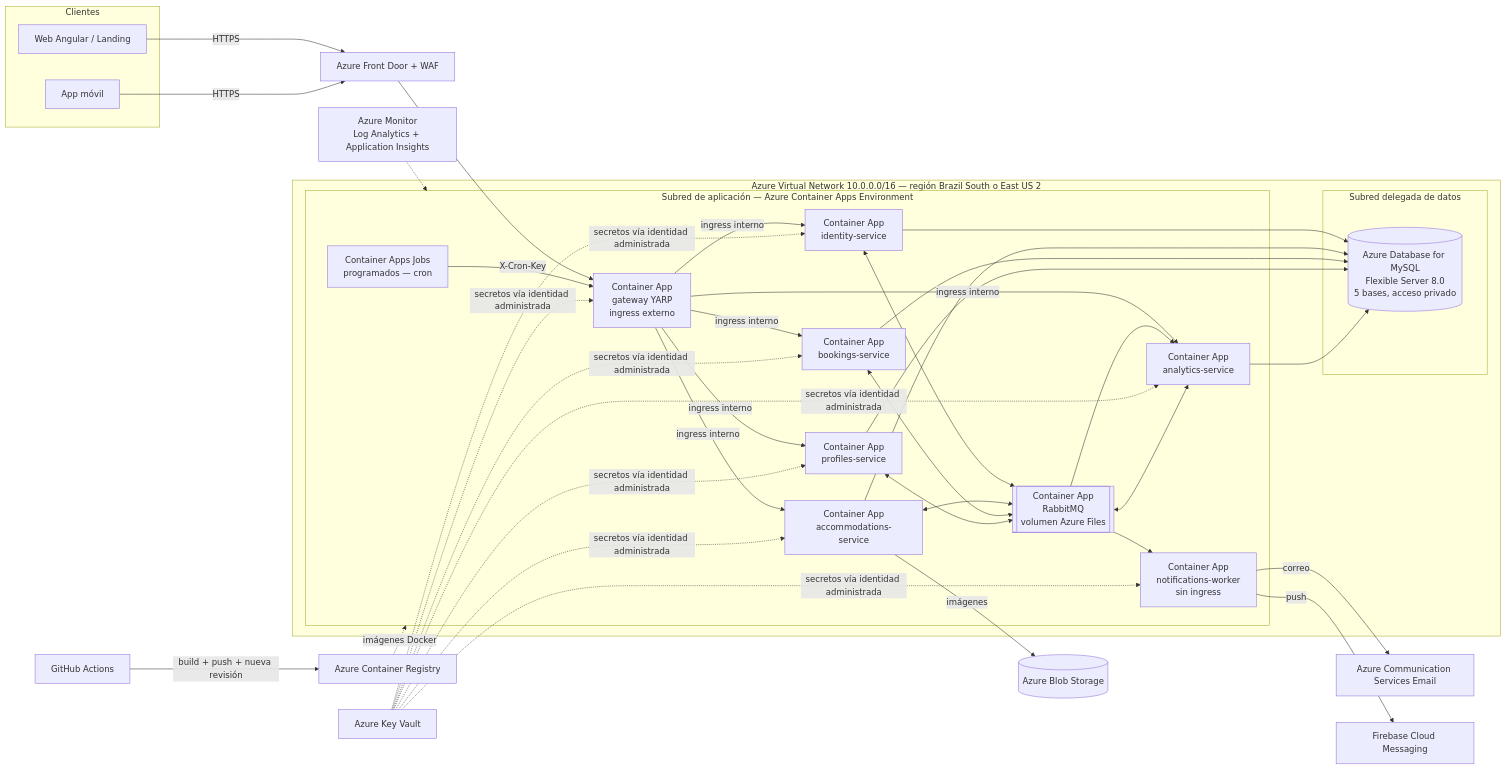
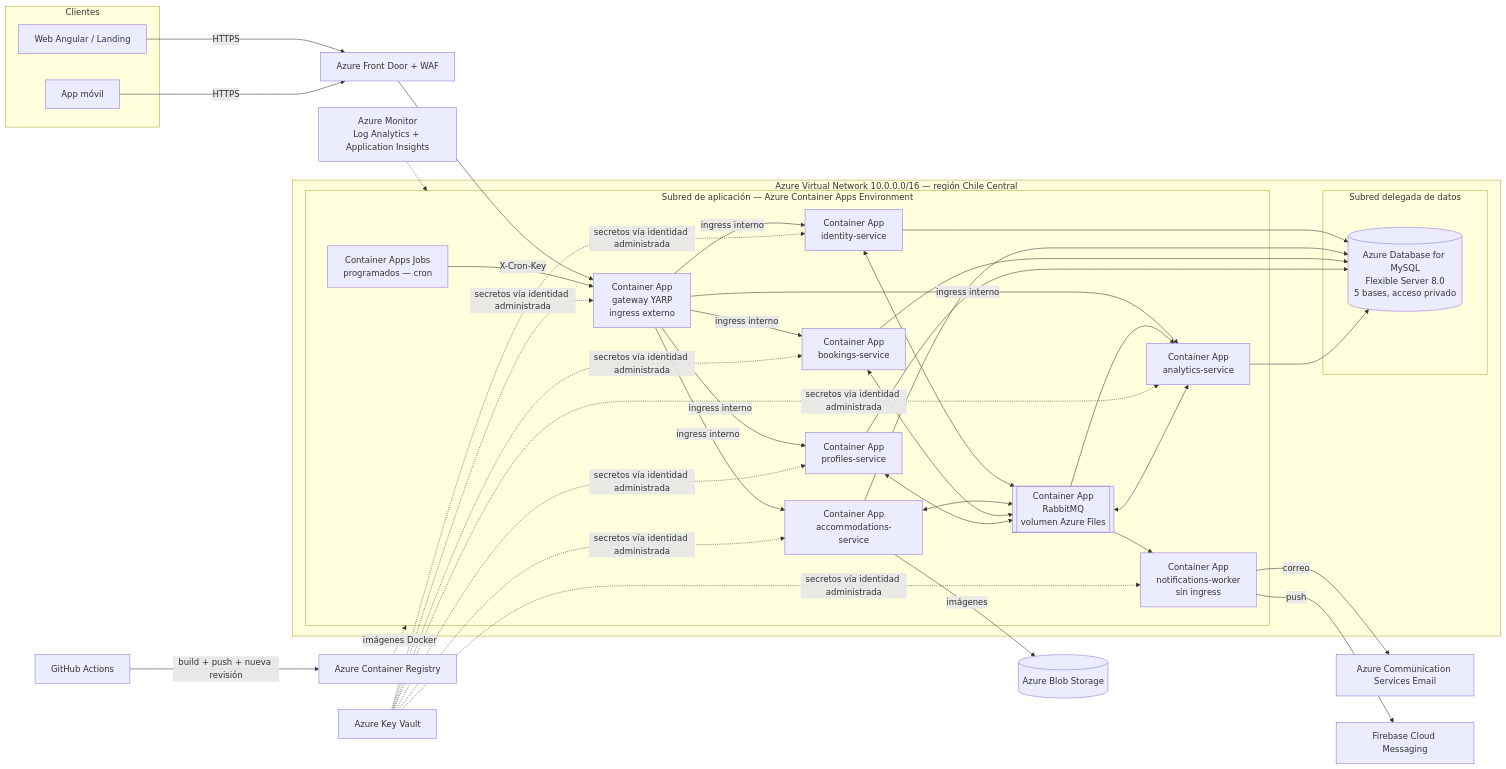
Before and after one commit to RoomTrack/RoomTrack-BackEnd: the diagram in docs/arquitectura-cloud-azure.md, drawn with Mermaid. The commit also changed other lines of this file and 4 other files, not shown here.

````diff
--- a/docs/arquitectura-cloud-azure.md
+++ b/docs/arquitectura-cloud-azure.md
@@ -11,40 +11,40 @@
 ```mermaid
 flowchart LR
     subgraph Clients[Clientes]
         web[Web Angular / Landing]
         app[App móvil]
     end
 
     web & app -->|HTTPS| fd[Azure Front Door + WAF]
 
-    subgraph VNet[Azure Virtual Network 10.0.0.0/16 — región Brazil South o East US 2]
+    subgraph VNet[Azure Virtual Network 10.0.0.0/16 — región Chile Central]
         subgraph CAE[Subred de aplicación — Azure Container Apps Environment]
             gw[Container App<br/>gateway YARP<br/>ingress externo]
             id[Container App<br/>identity-service]
             acc[Container App<br/>accommodations-service]
             bk[Container App<br/>bookings-service]
             pr[Container App<br/>profiles-service]
             an[Container App<br/>analytics-service]
             nw[Container App<br/>notifications-worker<br/>sin ingress]
             mq[[Container App<br/>RabbitMQ<br/>volumen Azure Files]]
             job[Container Apps Jobs<br/>programados — cron]
         end
         subgraph DB[Subred delegada de datos]
             mysql[(Azure Database for MySQL<br/>Flexible Server 8.0<br/>5 bases, acceso privado)]
         end
     end
 
     fd --> gw
     gw -->|ingress interno| id & acc & bk & pr & an
     id & acc & bk & pr & an --> mysql
     id & acc & bk & pr & an <--> mq
     mq --> nw & an
     job -->|X-Cron-Key| gw
     nw -->|correo| acs[Azure Communication Services Email]
     nw -->|push| fcm[Firebase Cloud Messaging]
     acc -->|imágenes| blob[(Azure Blob Storage)]
     kv[Azure Key Vault] -.secretos vía identidad administrada.-> gw & id & acc & bk & pr & an & nw
     mon[Azure Monitor<br/>Log Analytics + Application Insights] -.-> CAE
     acr[Azure Container Registry] -.imágenes Docker.-> CAE
     gha[GitHub Actions] -->|build + push + nueva revisión| acr
 ```
````
